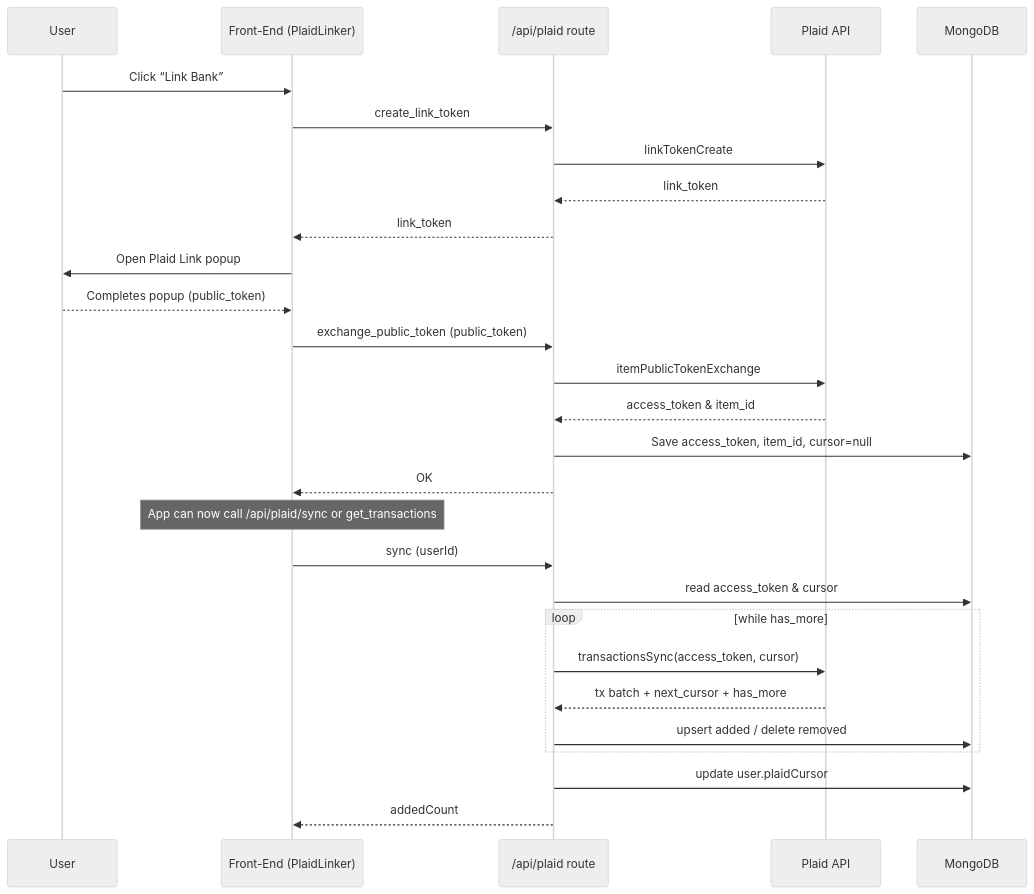
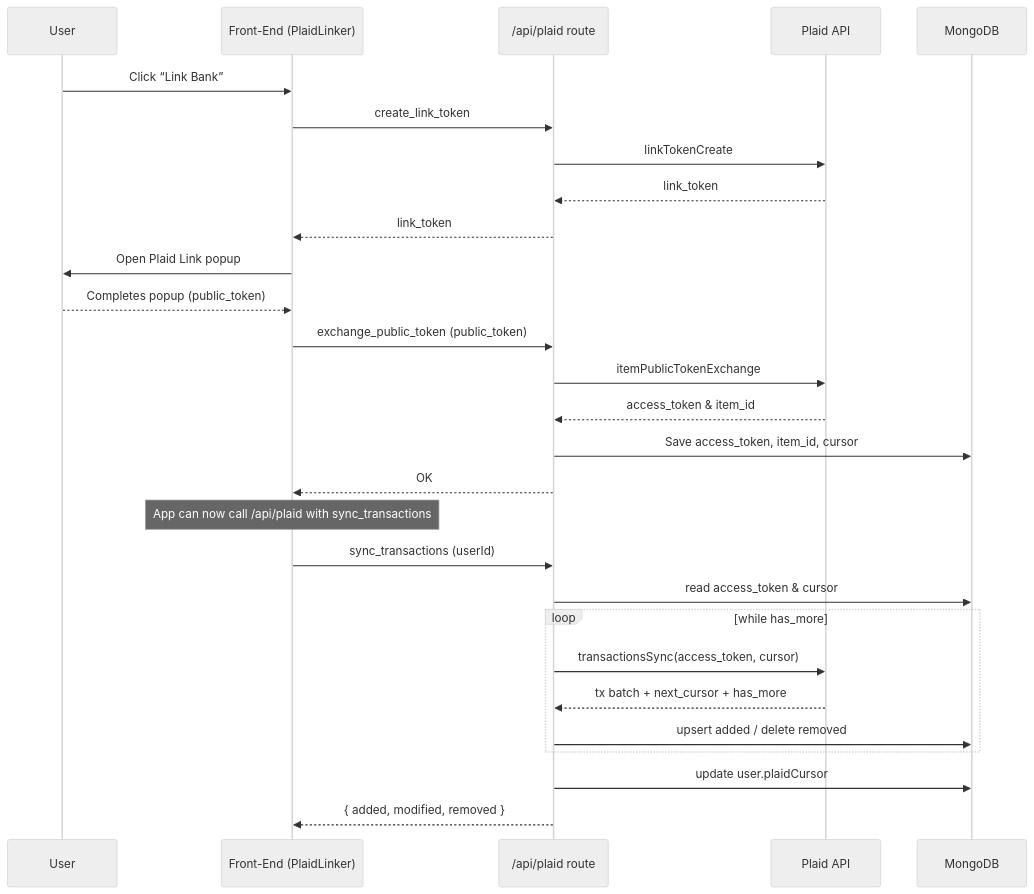
One commit to Piers226/finance-app changed the diagram in docs/plaid-setup.md. Above: the diagram before and after it, drawn with Mermaid (neutral theme). The commit also changed other lines of this file and 7 other files, not shown here.

Commit message:
fixing plaid, only storing transactions

````diff
--- a/docs/plaid-setup.md
+++ b/docs/plaid-setup.md
@@ -86,31 +87,31 @@
 ```mermaid
 sequenceDiagram
     participant U as User
     participant FE as Front-End (PlaidLinker)
     participant API as /api/plaid route
     participant Plaid as Plaid API
     participant DB as MongoDB
 
     U->>FE: Click “Link Bank”
     FE->>API: create_link_token
     API->>Plaid: linkTokenCreate
     Plaid-->>API: link_token
     API-->>FE: link_token
     FE->>U: Open Plaid Link popup
     U-->>FE: Completes popup (public_token)
     FE->>API: exchange_public_token (public_token)
     API->>Plaid: itemPublicTokenExchange
     Plaid-->>API: access_token & item_id
-    API->>DB: Save access_token, item_id, cursor=null
+    API->>DB: Save access_token, item_id, cursor
     API-->>FE: OK
-    note over FE: App can now call /api/plaid/sync or get_transactions
-    FE->>API: sync (userId)
+    note over FE: App can now call /api/plaid with sync_transactions
+    FE->>API: sync_transactions (userId)
     API->>DB: read access_token & cursor
     loop while has_more
         API->>Plaid: transactionsSync(access_token, cursor)
         Plaid-->>API: tx batch + next_cursor + has_more
         API->>DB: upsert added / delete removed
     end
     API->>DB: update user.plaidCursor
-    API-->>FE: addedCount
+    API-->>FE: { added, modified, removed }
 ```
````
